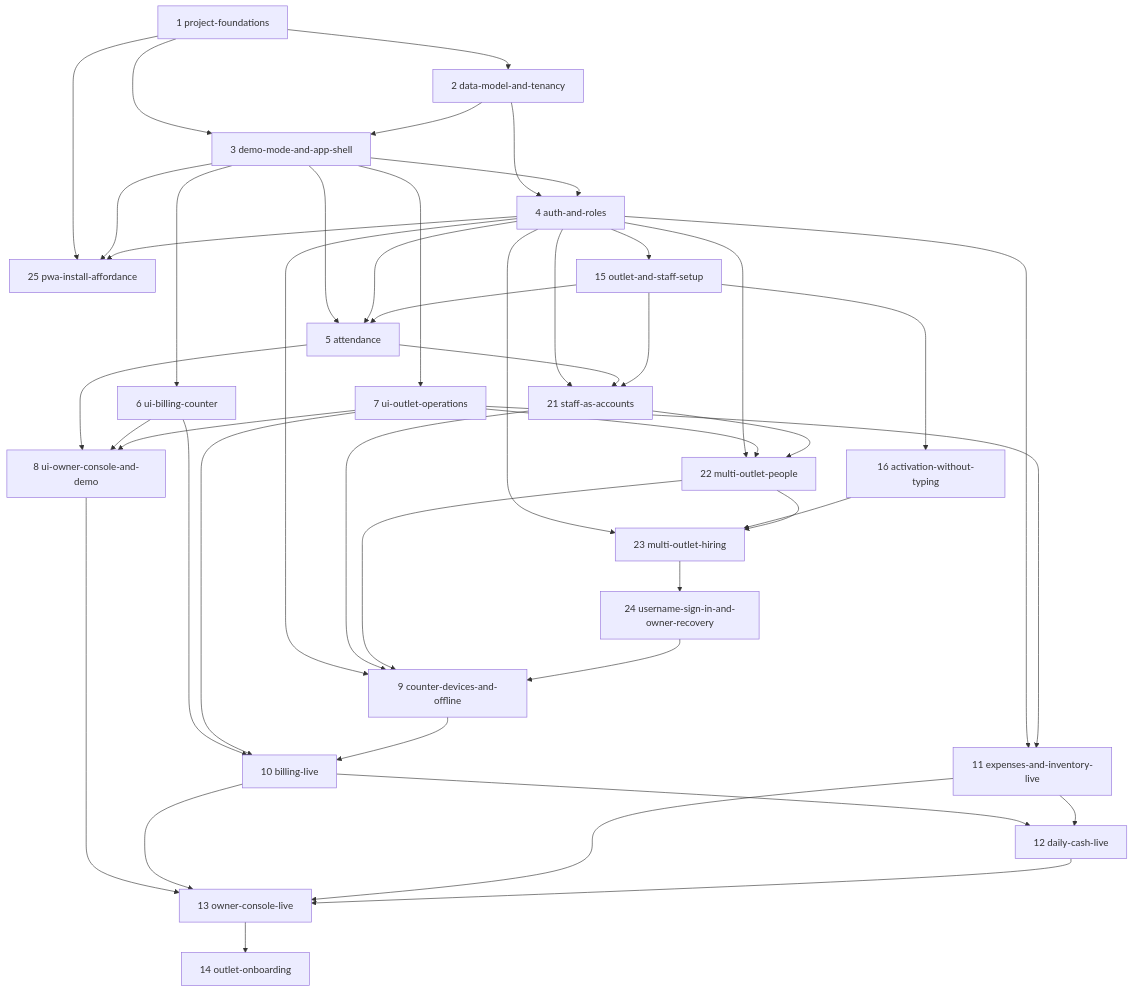
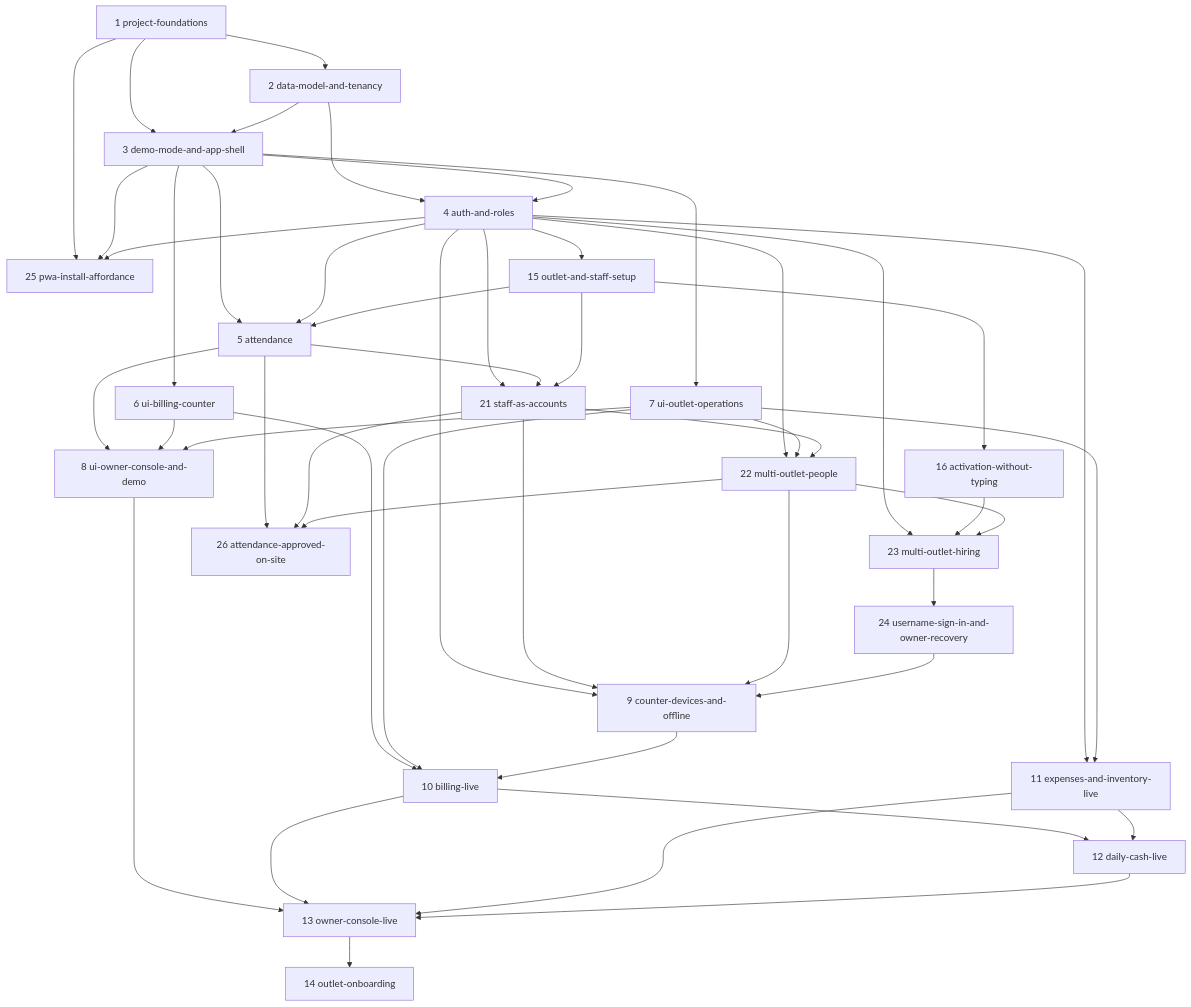
The diagram in openspec/changes/ROADMAP.md (abdatta/shawarmania-ops), drawn with Mermaid before and after one commit. The commit also changed other lines of this file and 65 other files, not shown here.

````diff
--- a/openspec/changes/ROADMAP.md
+++ b/openspec/changes/ROADMAP.md
@@ -94,47 +95,50 @@
 ```mermaid
 graph TD
     C1[1 project-foundations] --> C2[2 data-model-and-tenancy]
     C1 --> C3[3 demo-mode-and-app-shell]
     C2 --> C3
     C2 --> C4[4 auth-and-roles]
     C3 --> C4
     C1 --> C25[25 pwa-install-affordance]
     C3 --> C25
     C4 --> C25
     C3 --> C5[5 attendance]
     C4 --> C5
     C4 --> C15[15 outlet-and-staff-setup]
     C15 --> C5
     C15 --> C16[16 activation-without-typing]
     C3 --> C6[6 ui-billing-counter]
     C3 --> C7[7 ui-outlet-operations]
     C5 --> C8[8 ui-owner-console-and-demo]
     C6 --> C8
     C7 --> C8
     C4 --> C21[21 staff-as-accounts]
     C5 --> C21
     C15 --> C21
     C4 --> C22[22 multi-outlet-people]
     C7 --> C22
     C21 --> C22
     C4 --> C23[23 multi-outlet-hiring]
     C16 --> C23
     C22 --> C23
     C23 --> C24[24 username-sign-in-and-owner-recovery]
+    C5 --> C26[26 attendance-approved-on-site]
+    C21 --> C26
+    C22 --> C26
     C4 --> C9[9 counter-devices-and-offline]
     C21 --> C9
     C22 --> C9
     C24 --> C9
     C6 --> C10[10 billing-live]
     C7 --> C10
     C9 --> C10
     C4 --> C11[11 expenses-and-inventory-live]
     C7 --> C11
     C10 --> C12[12 daily-cash-live]
     C11 --> C12
     C8 --> C13[13 owner-console-live]
     C10 --> C13
     C11 --> C13
     C12 --> C13
     C13 --> C14[14 outlet-onboarding]
 ```
````
